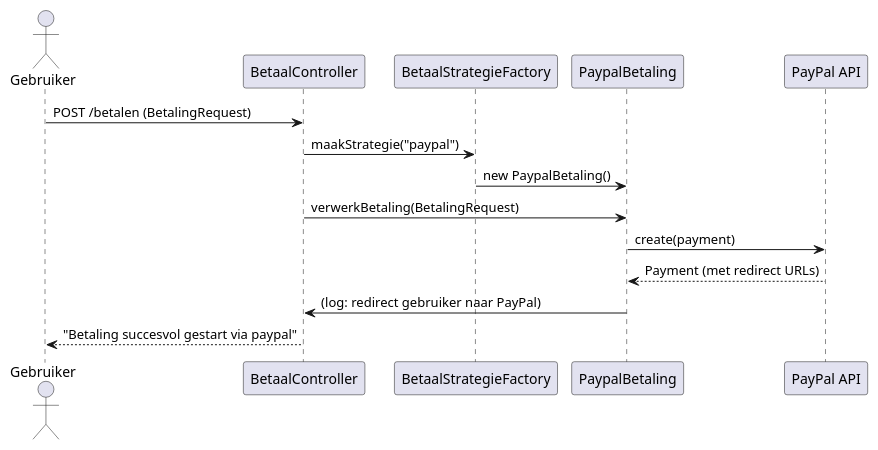
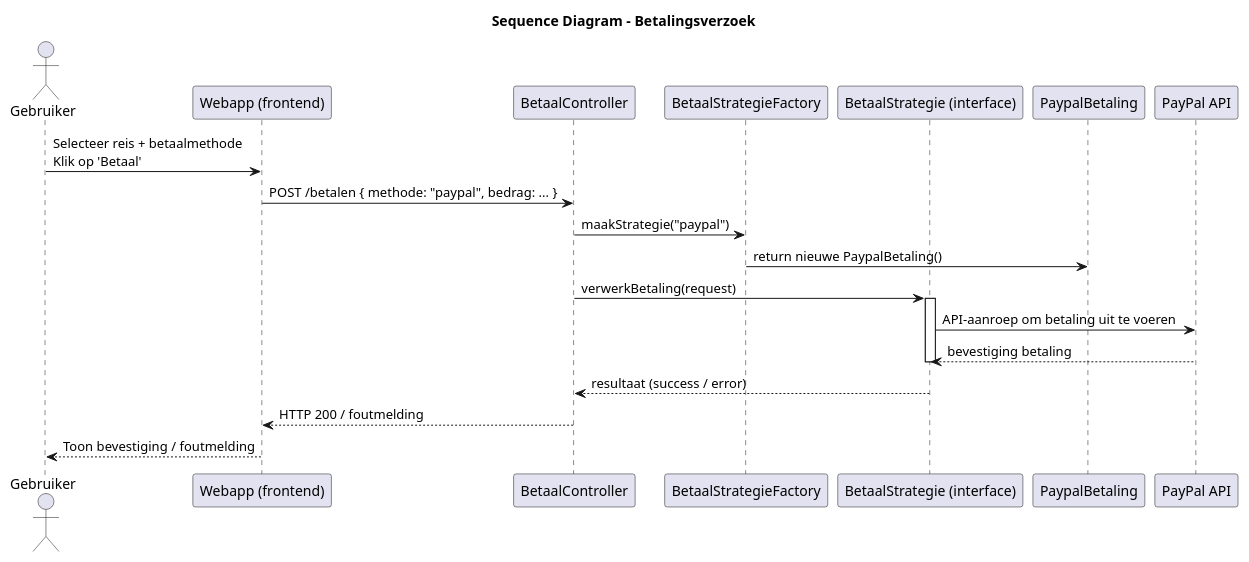
The diagram in software-guidebook/BetaalmethodeSequence.puml (AIM-ENE-feb25/triptop-groep-5), drawn with PlantUML before and after one commit. The commit also changed 8 other files, not shown here.

Commit message:
diagramen in sgb

```diff
--- a/software-guidebook/BetaalmethodeSequence.puml
+++ b/software-guidebook/BetaalmethodeSequence.puml
@@ -1,18 +1,28 @@
 @startuml
+title Sequence Diagram - Betalingsverzoek
+
 actor Gebruiker
+participant "Webapp (frontend)" as WebApp
 participant "BetaalController" as Controller
 participant "BetaalStrategieFactory" as Factory
+participant "BetaalStrategie (interface)" as Strategie
 participant "PaypalBetaling" as Paypal
 participant "PayPal API" as PayPalAPI
 
-Gebruiker -> Controller : POST /betalen (BetalingRequest)
+Gebruiker -> WebApp : Selecteer reis + betaalmethode\nKlik op 'Betaal'
+WebApp -> Controller : POST /betalen { methode: "paypal", bedrag: ... }
+
 Controller -> Factory : maakStrategie("paypal")
-Factory -> Paypal : new PaypalBetaling()
+Factory -> Paypal : return nieuwe PaypalBetaling()
 
-Controller -> Paypal : verwerkBetaling(BetalingRequest)
-Paypal -> PayPalAPI : create(payment)
-PayPalAPI --> Paypal : Payment (met redirect URLs)
-Paypal -> Controller : (log: redirect gebruiker naar PayPal)
+Controller -> Strategie : verwerkBetaling(request)
+activate Strategie
+Strategie -> PayPalAPI : API-aanroep om betaling uit te voeren
+PayPalAPI --> Strategie : bevestiging betaling
+deactivate Strategie
 
-Controller --> Gebruiker : "Betaling succesvol gestart via paypal"
+Strategie --> Controller : resultaat (success / error)
+Controller --> WebApp : HTTP 200 / foutmelding
+WebApp --> Gebruiker : Toon bevestiging / foutmelding
+
 @enduml
```
